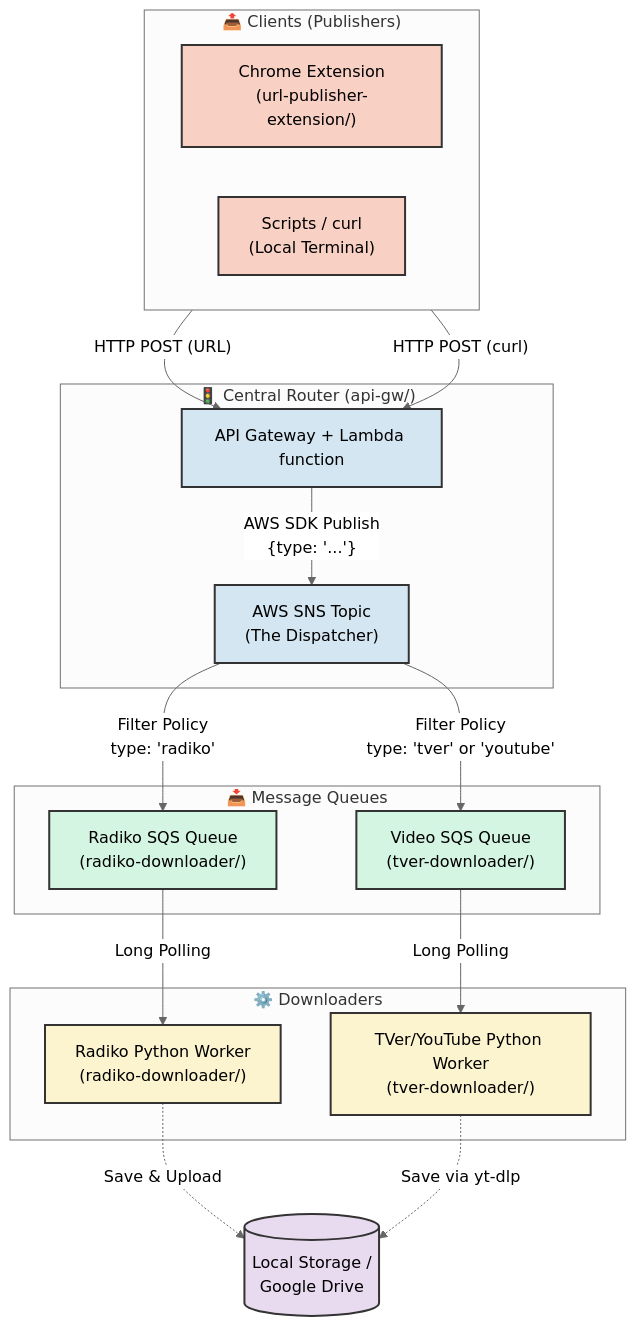
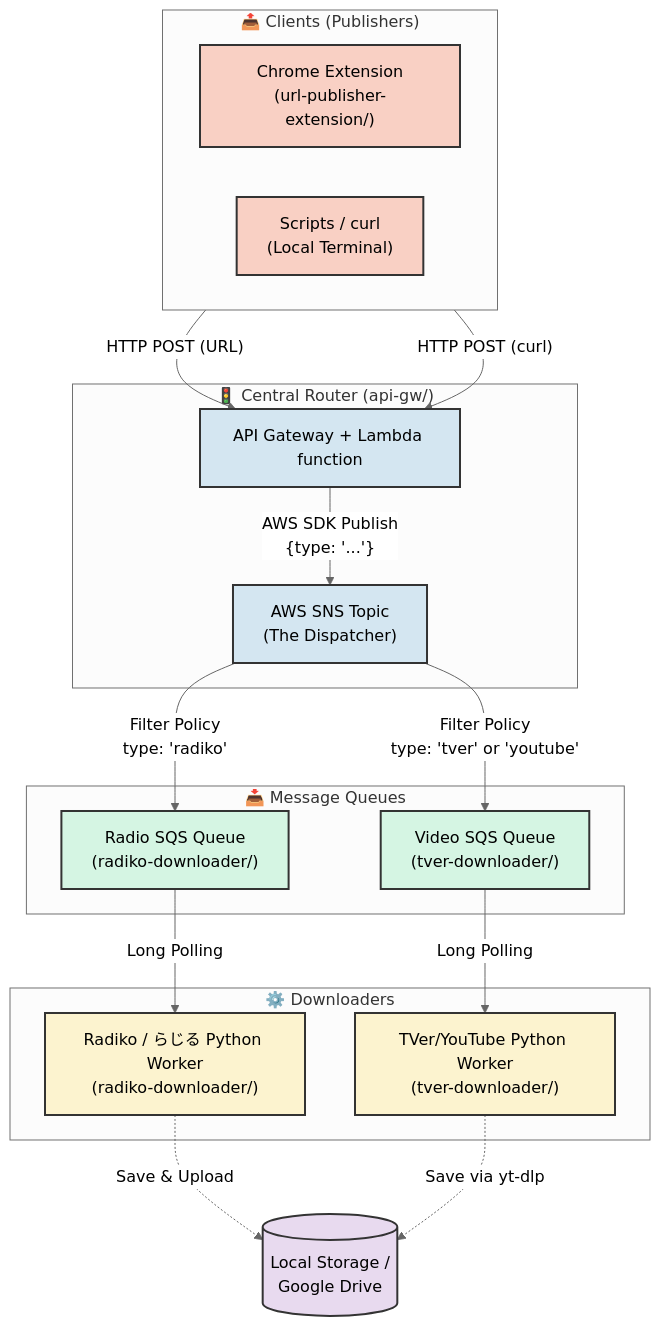
One commit to khirata/media-downloader changed the diagram in README.md. Above: the diagram before and after it, drawn with Mermaid (neutral theme). The commit also changed other lines of this file and 1 other file, not shown here.

First line of the commit message:
docs: cover らじる★らじる in both READMEs

````diff
--- a/README.md
+++ b/README.md
@@ -10,48 +10,48 @@
 ```mermaid
 graph TD
     classDef client fill:#f9d0c4,stroke:#333,stroke-width:2px,color:#000;
     classDef router fill:#d4e6f1,stroke:#333,stroke-width:2px,color:#000;
     classDef queue fill:#d5f5e3,stroke:#333,stroke-width:2px,color:#000;
     classDef worker fill:#fcf3cf,stroke:#333,stroke-width:2px,color:#000;
     classDef storage fill:#e8daef,stroke:#333,stroke-width:2px,color:#000;
 
     subgraph Clients ["📤 Clients (Publishers)"]
         direction LR
         EXT["Chrome Extension<br/>(url-publisher-extension/)"]:::client
         CURL["Scripts / curl<br/>(Local Terminal)"]:::client
     end
 
     subgraph Dispatcher ["🚦 Central Router (api-gw/)"]
         API["API Gateway + Lambda function"]:::router
         SNS["AWS SNS Topic<br/>(The Dispatcher)"]:::router
     end
 
     subgraph Queues ["📥 Message Queues"]
-        SQS_R["Radiko SQS Queue<br/>(radiko-downloader/)"]:::queue
+        SQS_R["Radio SQS Queue<br/>(radiko-downloader/)"]:::queue
         SQS_T["Video SQS Queue<br/>(tver-downloader/)"]:::queue
     end
 
     subgraph Workers ["⚙️ Downloaders"]
-        WORK_R["Radiko Python Worker<br/>(radiko-downloader/)"]:::worker
+        WORK_R["Radiko / らじる Python Worker<br/>(radiko-downloader/)"]:::worker
         WORK_T["TVer/YouTube Python Worker<br/>(tver-downloader/)"]:::worker
     end
     
     STORAGE[("Local Storage /<br/>Google Drive")]:::storage
 
     %% Client flows
     EXT -->|"HTTP POST (URL)"| API
     CURL -->|"HTTP POST (curl)"| API
     API -->|"AWS SDK Publish<br/>{type: '...'} "| SNS
 
     %% Dispatcher routing based on message attributes/body
     SNS -->|"Filter Policy<br/>type: 'radiko'"| SQS_R
     SNS -->|"Filter Policy<br/>type: 'tver' or 'youtube'"| SQS_T
 
     %% Worker polling
     SQS_R -->|"Long Polling"| WORK_R
     SQS_T -->|"Long Polling"| WORK_T
 
     %% Final output
     WORK_R -.->|"Save & Upload"| STORAGE
     WORK_T -.->|"Save via yt-dlp"| STORAGE
 ```
````
